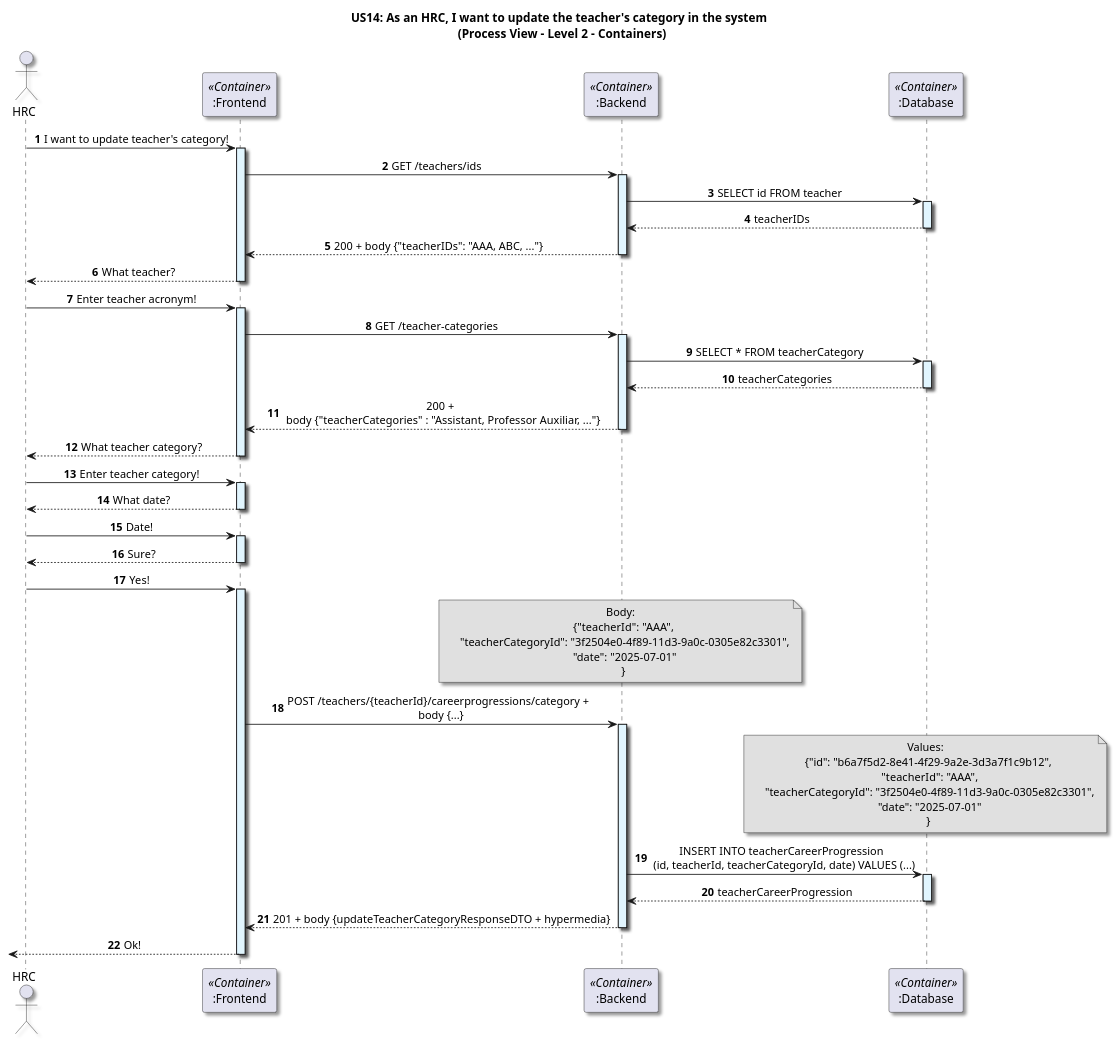
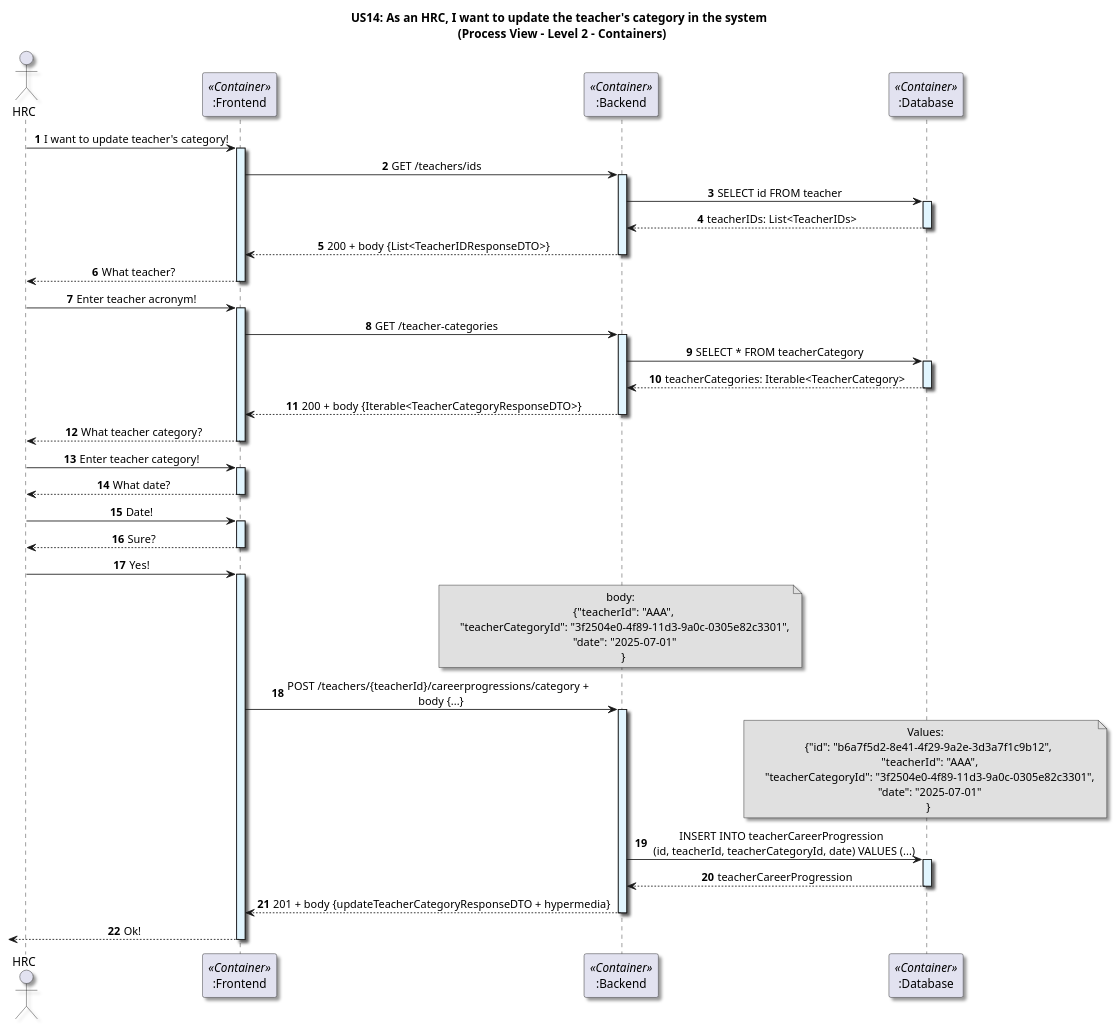
The diagram in docs/US14/Sprint7_RestAPI/ProcessView/Level2.puml (GasparISEP/DevOps-PAI), drawn with PlantUML before and after one commit. The commit also changed 1 other file, not shown here.

Commit message:
docs(process): create level 3 process view and update level 2 process view for updateTeacherCategory functionality #675 #678

```diff
--- a/docs/US14/Sprint7_RestAPI/ProcessView/Level2.puml
+++ b/docs/US14/Sprint7_RestAPI/ProcessView/Level2.puml
@@ -1,96 +1,96 @@
 @startuml
 
 title US14: As an HRC, I want to update the teacher's category in the system \n (Process View - Level 2 - Containers)
 
 skinparam componentStyle component
 skinparam defaultTextAlignment center
 skinparam shadowing true
 
 autonumber
 
 actor HRC as admin
 participant ":Frontend" as frontend <<Container>>
 participant ":Backend" as backend <<Container>>
 participant ":Database" as db <<Container>>
 
 
 admin -> frontend: I want to update teacher's category!
 activate frontend #E1F5FE
 
 frontend -> backend: GET /teachers/ids
 activate backend #E1F5FE
 
 backend -> db: SELECT id FROM teacher
 activate db #E1F5FE
-db --> backend: teacherIDs
+db --> backend: teacherIDs: List<TeacherIDs>
 deactivate db
 
-backend --> frontend: 200 + body {"teacherIDs": "AAA, ABC, ..."}
+backend --> frontend: 200 + body {List<TeacherIDResponseDTO>}
 deactivate backend
 
 frontend --> admin: What teacher?
 deactivate frontend
 
 admin -> frontend: Enter teacher acronym!
 activate frontend #E1F5FE
 
 frontend -> backend: GET /teacher-categories
 activate backend #E1F5FE
 backend -> db: SELECT * FROM teacherCategory
 activate db #E1F5FE
-db --> backend: teacherCategories
+db --> backend: teacherCategories: Iterable<TeacherCategory>
 deactivate db
-backend --> frontend: 200 + \n body {"teacherCategories" : "Assistant, Professor Auxiliar, ..."}
+backend --> frontend: 200 + body {Iterable<TeacherCategoryResponseDTO>}
 deactivate backend
 
 frontend --> admin: What teacher category?
 deactivate frontend
 
 admin -> frontend: Enter teacher category!
 activate frontend #E1F5FE
 
 frontend --> admin: What date?
 deactivate frontend
 
 admin -> frontend: Date!
 activate frontend #E1F5FE
 
 frontend --> admin: Sure?
 deactivate frontend
 
 admin -> frontend: Yes!
 activate frontend #E1F5FE
 
 note over backend #E0E0E0
-  Body:
+  body:
     {"teacherId": "AAA",
      "teacherCategoryId": "3f2504e0-4f89-11d3-9a0c-0305e82c3301",
      "date": "2025-07-01"
     }
 end note
 
 frontend -> backend: POST /teachers/{teacherId}/careerprogressions/category + \n body {...}
 activate backend #E1F5FE
 
 note over db #E0E0E0
   Values:
     {"id": "b6a7f5d2-8e41-4f29-9a2e-3d3a7f1c9b12",
      "teacherId": "AAA",
      "teacherCategoryId": "3f2504e0-4f89-11d3-9a0c-0305e82c3301",
      "date": "2025-07-01"
     }
 end note
 
 backend -> db: INSERT INTO teacherCareerProgression \n (id, teacherId, teacherCategoryId, date) VALUES (...)
 activate db #E1F5FE
 
 db --> backend: teacherCareerProgression
 deactivate db
 
 backend --> frontend: 201 + body {updateTeacherCategoryResponseDTO + hypermedia}
 deactivate backend
 
 <-- frontend : Ok!
 deactivate frontend
 
 @enduml
```
